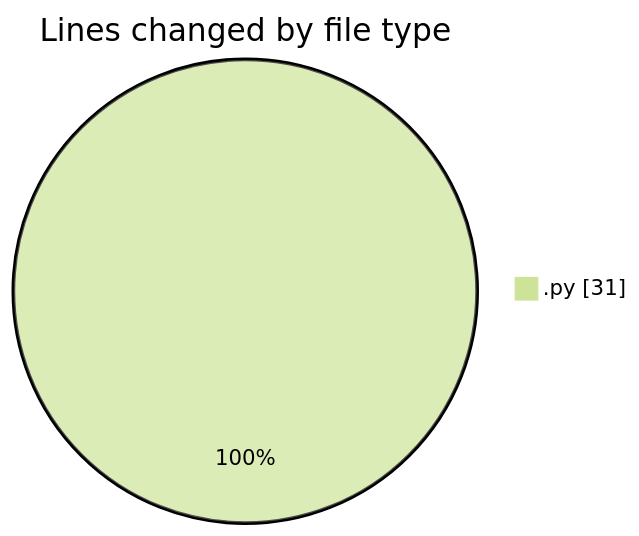
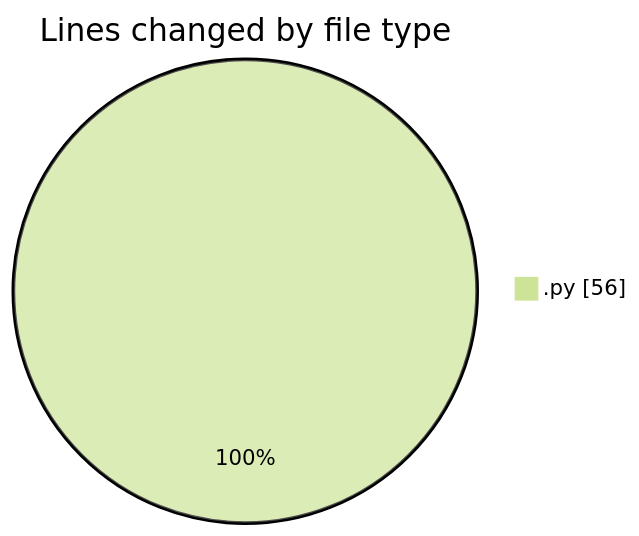
One commit to MatusMokan/code-tracking changed the first of 2 diagrams in 2025-11-15/untitled__workspace_/README.md. Above: the diagram before and after it, drawn with Mermaid (forest theme). The commit also changed other lines of this file and 1 other file, not shown here.

````diff
--- a/2025-11-15/untitled__workspace_/README.md
+++ b/2025-11-15/untitled__workspace_/README.md
@@ -20,5 +20,5 @@
 ```mermaid
 pie showData
 title Lines changed by file type
-".py" : 31
+".py" : 56
 ```
````
